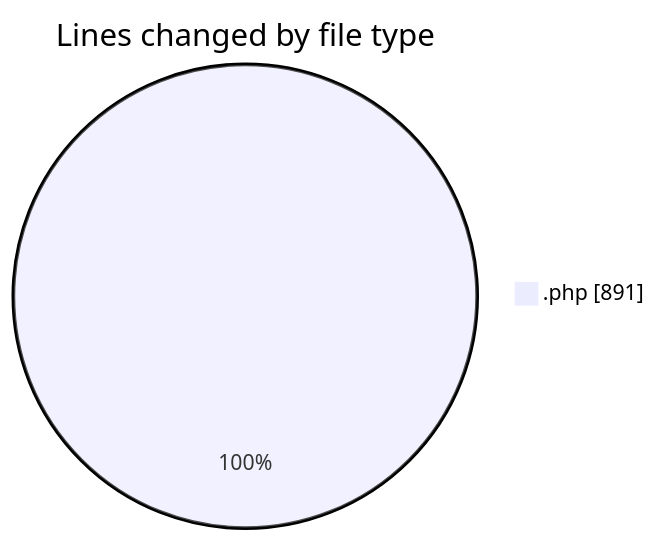
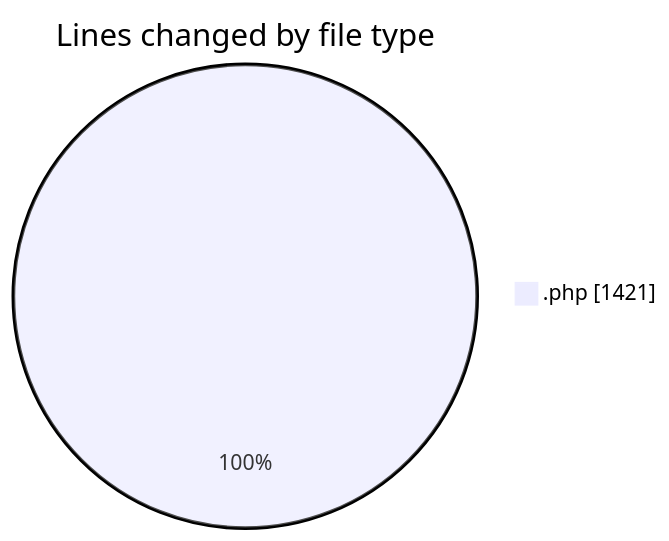
The first of 2 diagrams in 2025-10-04/shop/README.md (vahidmafi/code-tracking), drawn with Mermaid before and after one commit. The commit also changed other lines of this file and 1 other file, not shown here.

````diff
--- a/2025-10-04/shop/README.md
+++ b/2025-10-04/shop/README.md
@@ -20,5 +22,5 @@
 ```mermaid
 pie showData
 title Lines changed by file type
-".php" : 891
+".php" : 1421
 ```
````
